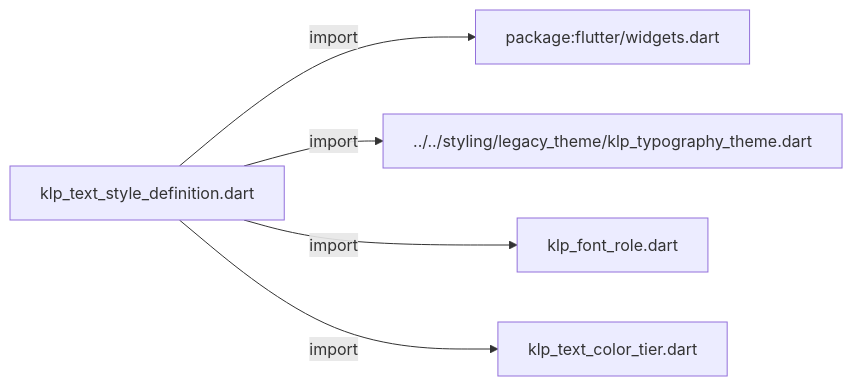
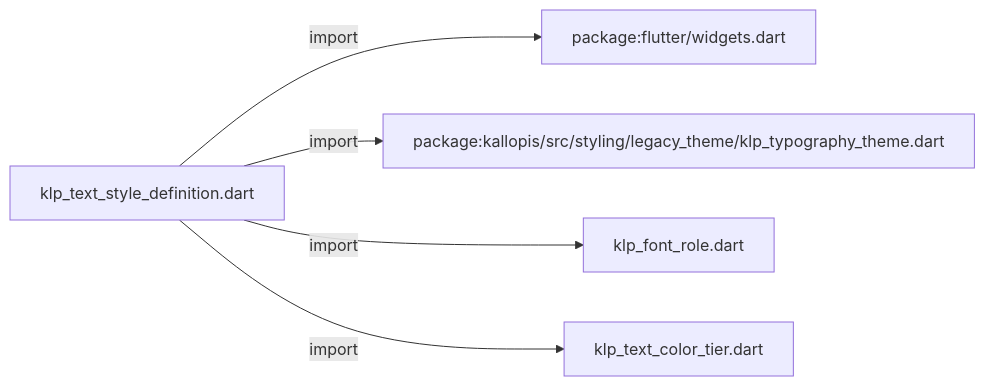
One commit to MiuDog/Kallopis changed the first of 2 diagrams in docs/architecture/src/foundation/content/klp_text_style_definition.md. Above: the diagram before and after it, drawn with Mermaid. The commit also changed other lines of this file and 9688 other files, not shown here.

Commit message:
Prepare isolated Flow F2 peer baseline

````diff
--- a/docs/architecture/src/foundation/content/klp_text_style_definition.md
+++ b/docs/architecture/src/foundation/content/klp_text_style_definition.md
@@ -11,12 +11,12 @@
 ```mermaid
 flowchart LR
 	n0["klp_text_style_definition.dart"]
 	n1["package:flutter/widgets.dart"]
-	n2["../../styling/legacy_theme/klp_typography_theme.dart"]
+	n2["package:kallopis/src/styling/legacy_theme/klp_typography_theme.dart"]
 	n3["klp_font_role.dart"]
 	n4["klp_text_color_tier.dart"]
 	n0 -->|"import"| n1
 	n0 -->|"import"| n2
 	n0 -->|"import"| n3
 	n0 -->|"import"| n4
 ```
````
